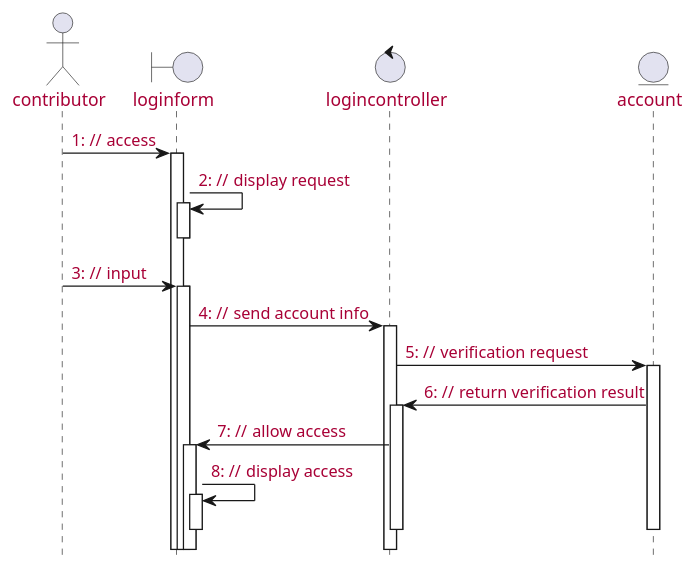
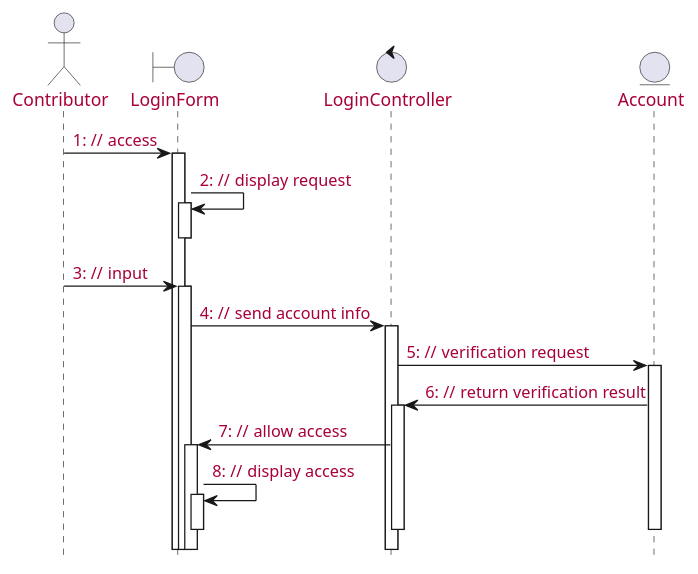
The third of 9 diagrams in source/solution/use-case-analysis.rst (McSinyx/ipppi), drawn with PlantUML before and after one commit. The commit also changed other lines of this file, not shown here.

```diff
--- a/source/solution/use-case-analysis.rst
+++ b/source/solution/use-case-analysis.rst
@@ -73,25 +73,25 @@
 .. uml::
 
    skinparam defaultFontColor #a80036
    autonumber "#: //"
    autoactivate on
    hide footbox
 
-   actor contributor
-   boundary loginform
-   control logincontroller
-   entity account
+   actor Contributor
+   boundary LoginForm
+   control LoginController
+   entity Account
 	
-   contributor -> loginform: access
-   loginform -> loginform : display request
-   deactivate loginform
-   contributor -> loginform : input
-   loginform -> logincontroller : send account info
-   logincontroller -> account :  verification request
-   account->logincontroller: return verification result
-   logincontroller -> loginform : allow access
-   loginform -> loginform : display access
-   deactivate account
-   deactivate logincontroller
-   deactivate loginform
-   deactivate contributor
+   Contributor -> LoginForm : access
+   LoginForm -> LoginForm : display request
+   deactivate LoginForm
+   Contributor -> LoginForm : input
+   LoginForm -> LoginController : send account info
+   LoginController -> Account :  verification request
+   Account -> LoginController : return verification result
+   LoginController -> LoginForm : allow access
+   LoginForm -> LoginForm : display access
+   deactivate Account
+   deactivate LoginController
+   deactivate LoginForm
+   deactivate Contributor
```
